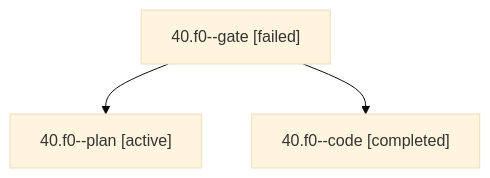
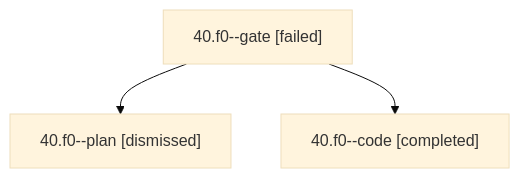
Before and after one commit to bobs-org/bob-cli--agents: the diagram in sessions/bbugyi200.apollo.40.f0.md, drawn with Mermaid (base theme). The commit also changed other lines of this file and 48 other files, not shown here.

````diff
--- a/sessions/bbugyi200.apollo.40.f0.md
+++ b/sessions/bbugyi200.apollo.40.f0.md
@@ -9,8 +9,8 @@
 ```mermaid
 flowchart TD
   n0["40.f0--gate [failed]"]
-  n1["40.f0--plan [active]"]
+  n1["40.f0--plan [dismissed]"]
   n0 --> n1
   n2["40.f0--code [completed]"]
   n0 --> n2
 ```
````
